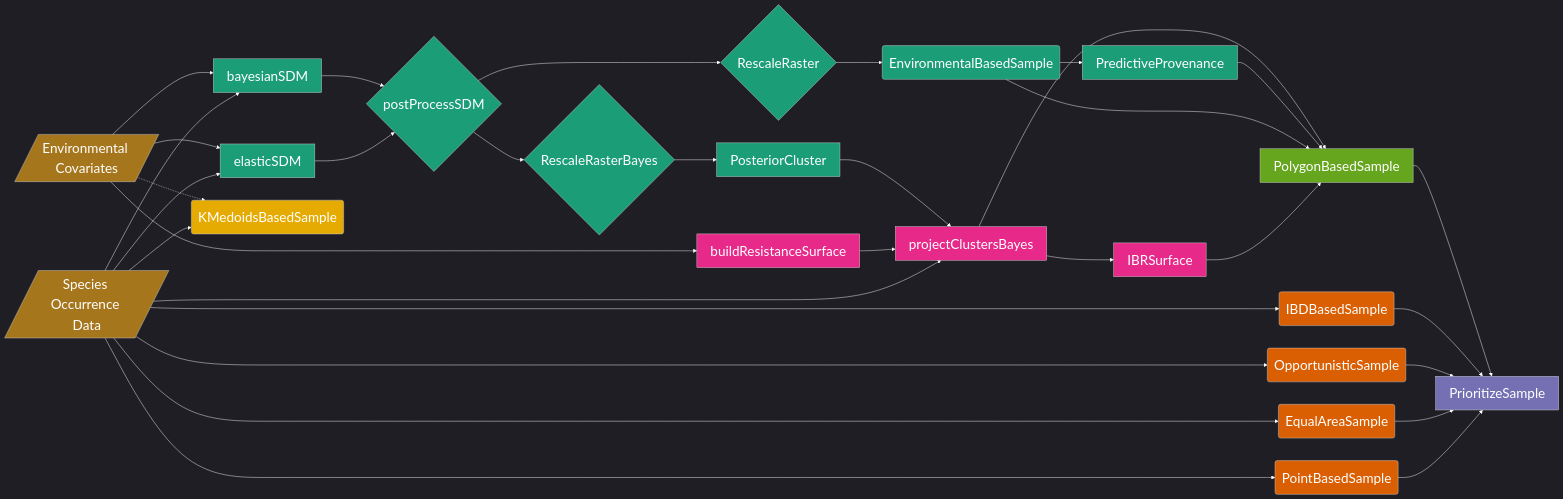
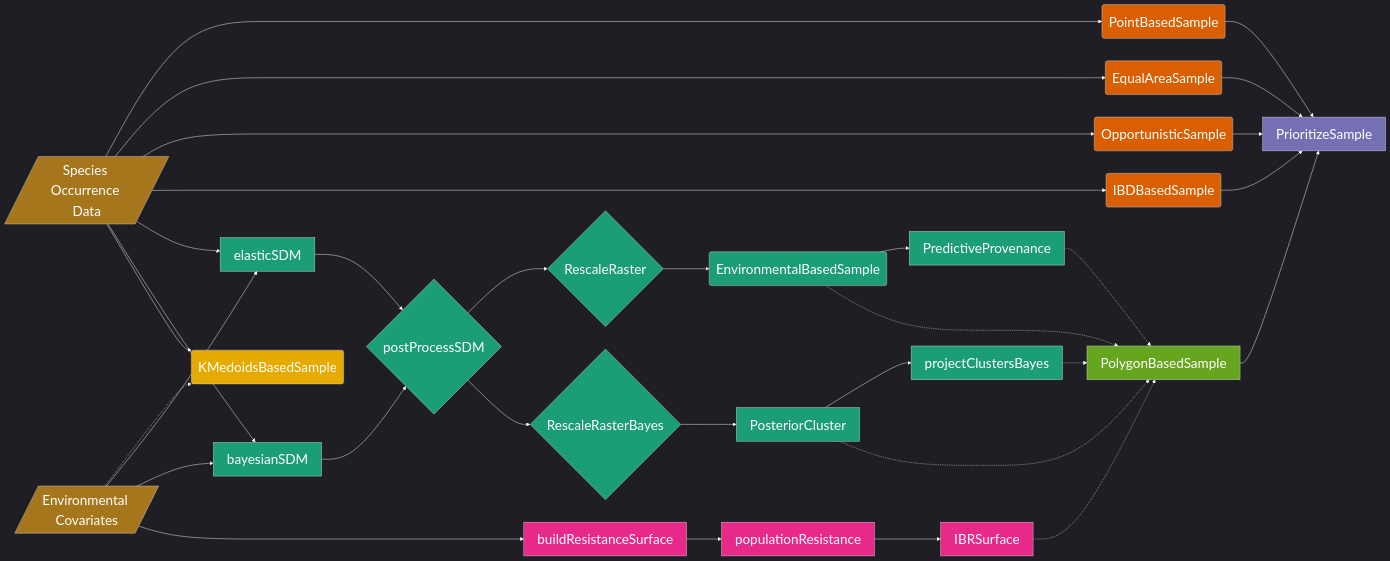
Before and after one commit to sagesteppe/safeHavens: the diagram in README.Rmd, drawn with Mermaid. The commit also changed 1 other file, not shown here.

Commit message:
diagram update

````diff
--- a/README.Rmd
+++ b/README.Rmd
@@ -69,57 +69,56 @@
 ```mermaid
 %%{init: {'theme':'dark', 'themeVariables': { 
     'primaryTextColor':'#ffffff', 
     'lineColor':'#ffffff',
     'lineWidth':'24px',
     'fontSize':'30px', 
     'fontFamily':'Arial'}}}%%
 flowchart LR
 A[/Species Occurrence Data/]
 B[/Environmental Covariates/]
-
 A --> D(PointBasedSample)
 A --> E(EqualAreaSample)
 A --> F(OpportunisticSample)
 A --> G(IBDBasedSample)
 A --> J[elasticSDM]
 A --> K[bayesianSDM]
 A --> L(KMedoidsBasedSample)
 B -.-> L
 B --> J
 B --> K
 D --> N[PrioritizeSample]
 E --> N
 F --> N
 G --> N
-A --> U[populationResistance]
 B --> H[buildResistanceSurface]
-H --> U
-U --> V[IBRSurface]
-V --> M[PolygonBasedSample]
+H --> V[populationResistance]
+V --> W[IBRSurface]
+W -.-> M[PolygonBasedSample]
 M --> N
 J --> O{postProcessSDM}
 K --> O
 O --> P{RescaleRaster}
 O --> S{RescaleRasterBayes}
 P --> Q(EnvironmentalBasedSample)
 Q --> R[PredictiveProvenance]
-Q --> M
-R --> M
+Q -.-> M
+R -.-> M
 S --> T[PosteriorCluster]
-T --> U[projectClustersBayes]
-U --> M
+T --> U2[projectClustersBayes]
+U2 -.-> M
+T -.-> M
 classDef geoColor fill:#d95f02,color:#FFFFFF
 classDef polyColor fill:#66a61e,color:#FFFFFF
 classDef envColor fill:#1b9e77,color:#FFFFFF
 classDef dataColor fill:#a6761d,color:#FFFFFF
 classDef decisionColor fill:#7570b3,color:#FFFFFF
 classDef rareColor fill:#e6ab02,color:#FFFFFF
 classDef ibrColor fill:#e7298a,color:#FFFFFF
 class D,E,F,G geoColor
-class H,M polyColor
-class J,K,O,P,S,T,U,Q,R,U envColor
+class M polyColor
+class J,K,O,P,S,T,Q,R,U2 envColor
 class A,B dataColor
 class N decisionColor
 class L rareColor
-class H,U,V ibrColor
+class H,V,W ibrColor
 ```
````
